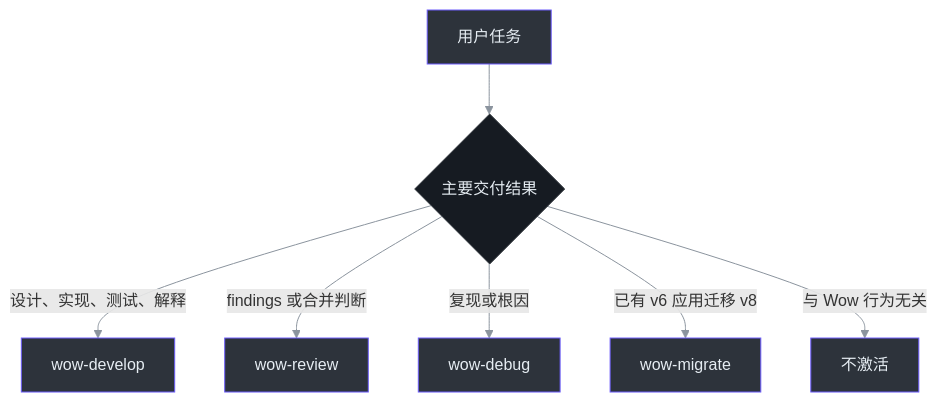
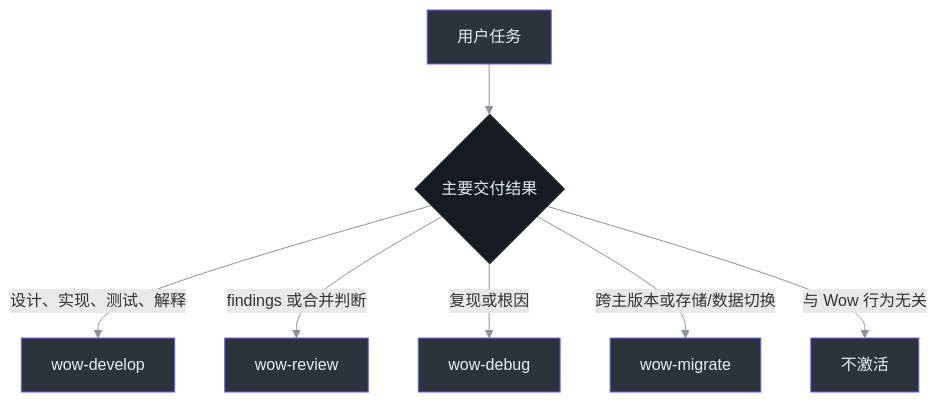
The first of 2 diagrams in documentation/docs/zh/guide/skills.md (Ahoo-Wang/Wow), drawn with Mermaid before and after one commit. The commit also changed other lines of this file and 45 other files, not shown here.

````diff
--- a/documentation/docs/zh/guide/skills.md
+++ b/documentation/docs/zh/guide/skills.md
@@ -32,13 +32,13 @@
 ```mermaid
 flowchart TD
     Task["用户任务"] --> Intent{"主要交付结果"}
     Intent -->|设计、实现、测试、解释| Develop["wow-develop"]
     Intent -->|findings 或合并判断| Review["wow-review"]
     Intent -->|复现或根因| Debug["wow-debug"]
-    Intent -->|已有 v6 应用迁移 v8| Migrate["wow-migrate"]
+    Intent -->|跨主版本或存储/数据切换| Migrate["wow-migrate"]
     Intent -->|与 Wow 行为无关| None["不激活"]
 
     classDef default fill:#2d333b,stroke:#6d5dfc,color:#e6edf3
     style Intent fill:#161b22,stroke:#30363d,color:#e6edf3
     linkStyle default stroke:#8b949e
 ```
````
